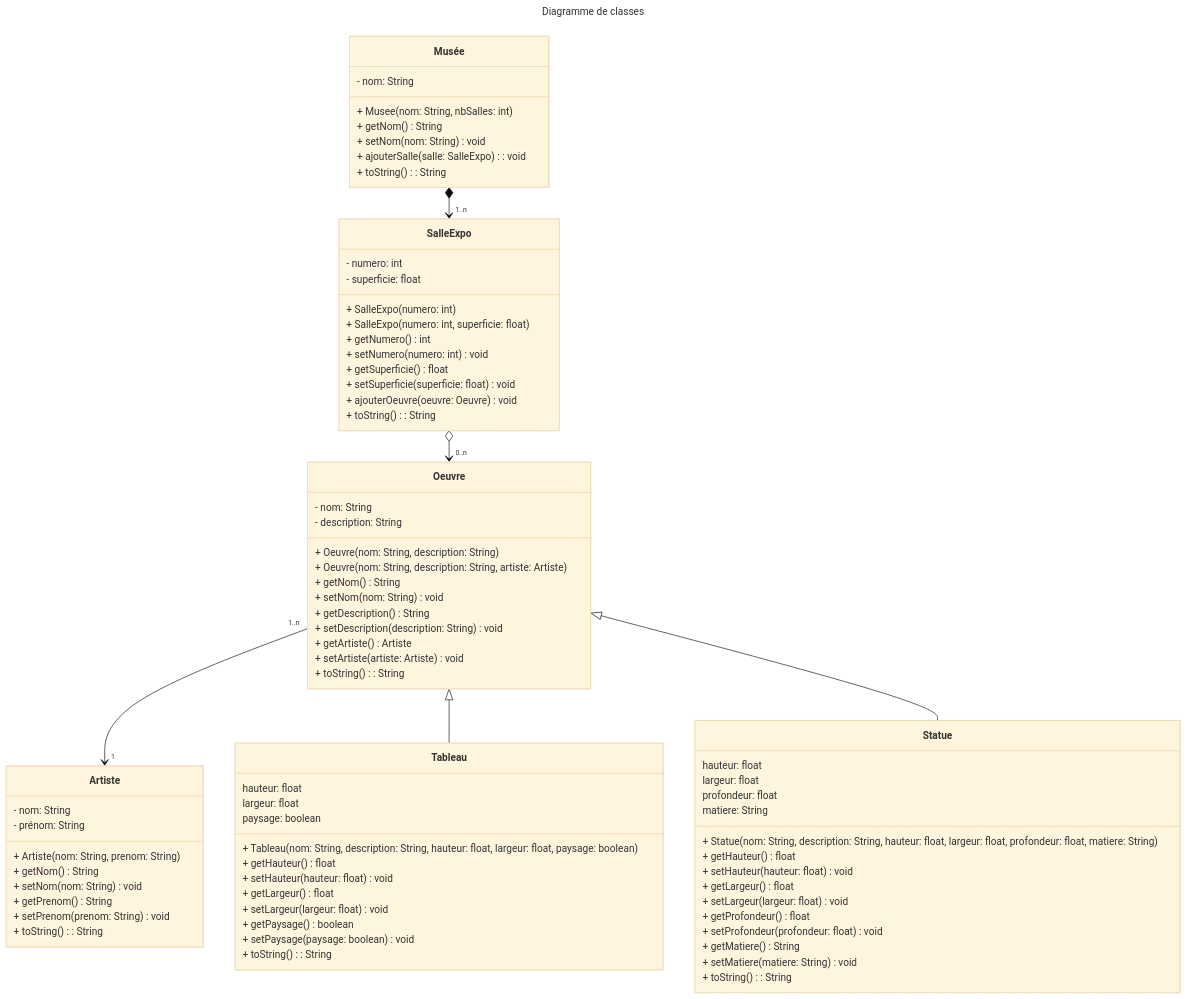
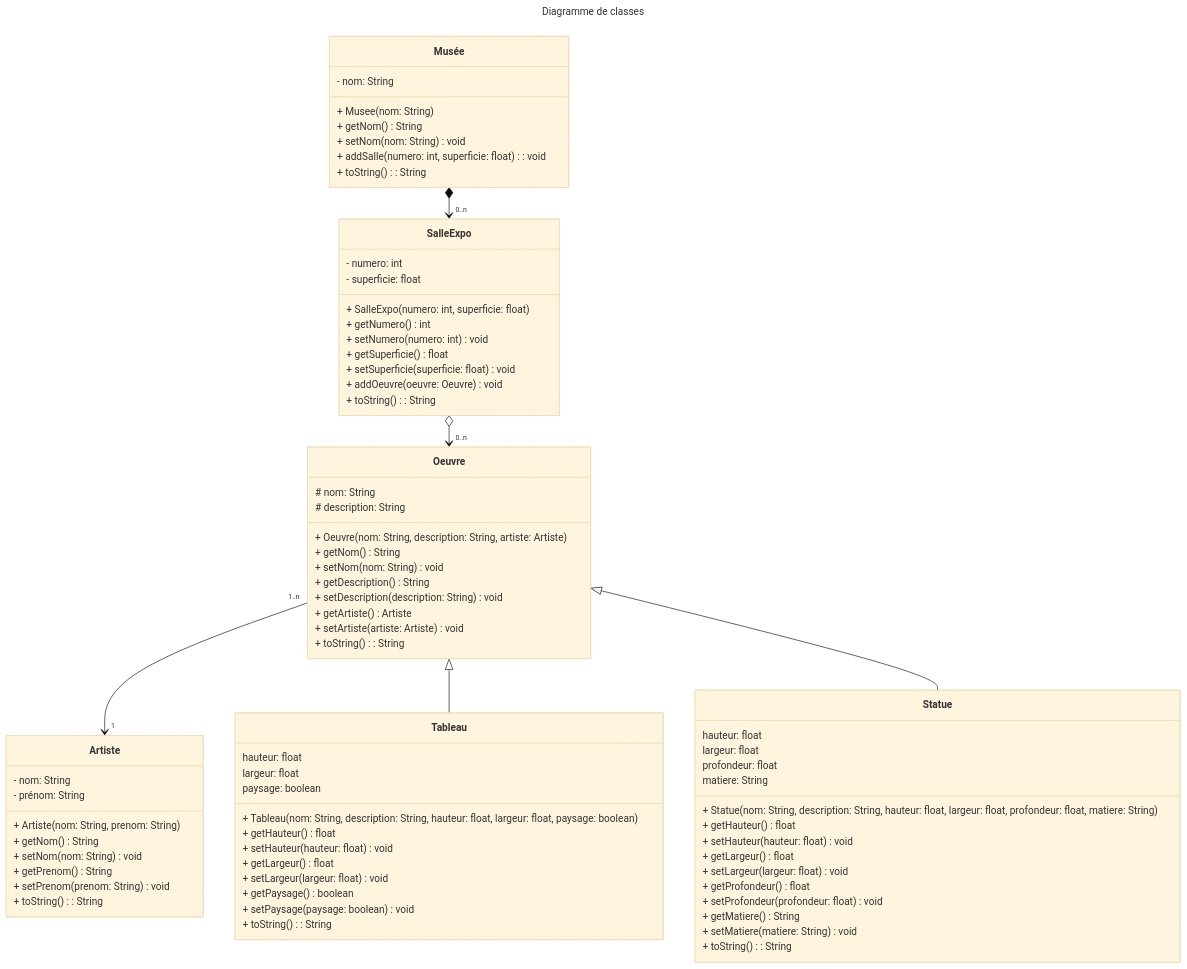
Before and after one commit to ECE-Lyon/ing3-tps-java-antoinehintzy: the diagram in src/PreparationInterro/README.md, drawn with Mermaid (base theme). The commit also changed 3 other files, not shown here.

```diff
--- a/src/PreparationInterro/README.md
+++ b/src/PreparationInterro/README.md
@@ -19,30 +19,28 @@
 classDiagram
     class Musée {
         - nom: String
-        + Musee(nom: String, nbSalles: int)
+        + Musee(nom: String)
         + getNom() String
         + setNom(nom: String) void
-        + ajouterSalle(salle: SalleExpo): void
+        + addSalle(numero: int, superficie: float): void
         + toString(): String
     }
 
     class SalleExpo {
         - numero: int
         - superficie: float
-        + SalleExpo(numero: int)
         + SalleExpo(numero: int, superficie: float)
         + getNumero() int
         + setNumero(numero: int) void
         + getSuperficie() float
         + setSuperficie(superficie: float) void
-        + ajouterOeuvre(oeuvre: Oeuvre) void
+        + addOeuvre(oeuvre: Oeuvre) void
         + toString(): String
     }
 
     class Oeuvre {
-        - nom: String
-        - description: String
-        + Oeuvre(nom: String, description: String)
+        # nom: String
+        # description: String
         + Oeuvre(nom: String, description: String, artiste: Artiste)
         + getNom() String
         + setNom(nom: String) void
@@ -92,7 +90,7 @@
         + toString(): String
     }
     
-    Musée *--> "1..n" SalleExpo
+    Musée *--> "0..n" SalleExpo
     SalleExpo o--> "0..n" Oeuvre
     Oeuvre "1..n" --> "1" Artiste
     Oeuvre <|-- Tableau
```
